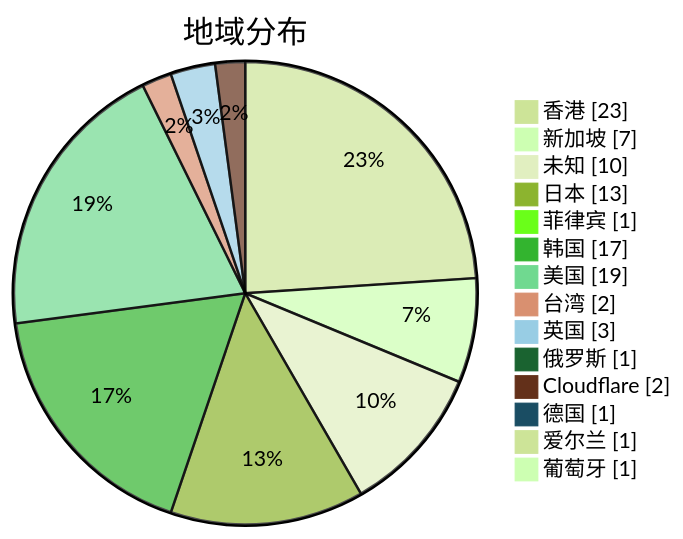
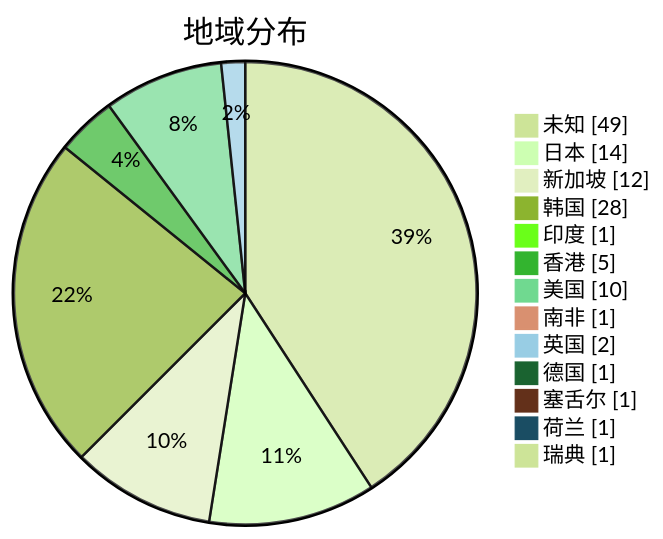
The second of 3 diagrams in subs/statistics/tested_within.md (qjlxg/airport), drawn with Mermaid (forest theme) before and after one commit. The commit also changed other lines of this file and 2 other files, not shown here.

Commit message:
Tested by metaST

````diff
--- a/subs/statistics/tested_within.md
+++ b/subs/statistics/tested_within.md
@@ -11,18 +12,17 @@
 ```mermaid
 pie showData
 title 地域分布
-"香港" : 23
-"新加坡" : 7
-"未知" : 10
-"日本" : 13
-"菲律宾" : 1
-"韩国" : 17
-"美国" : 19
-"台湾" : 2
-"英国" : 3
-"俄罗斯" : 1
-"Cloudflare" : 2
+"未知" : 49
+"日本" : 14
+"新加坡" : 12
+"韩国" : 28
+"印度" : 1
+"香港" : 5
+"美国" : 10
+"南非" : 1
+"英国" : 2
 "德国" : 1
-"爱尔兰" : 1
-"葡萄牙" : 1
+"塞舌尔" : 1
+"荷兰" : 1
+"瑞典" : 1
 ```
````
